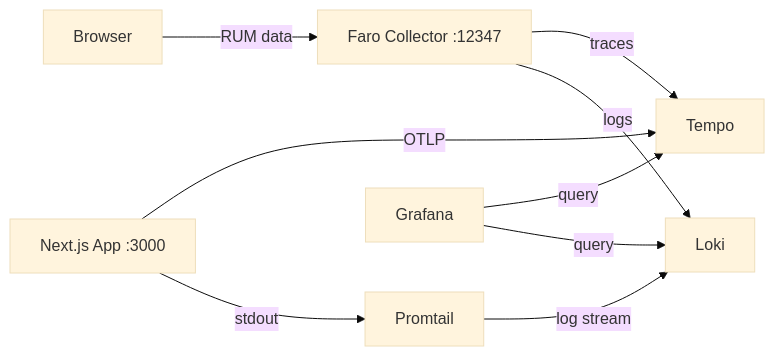
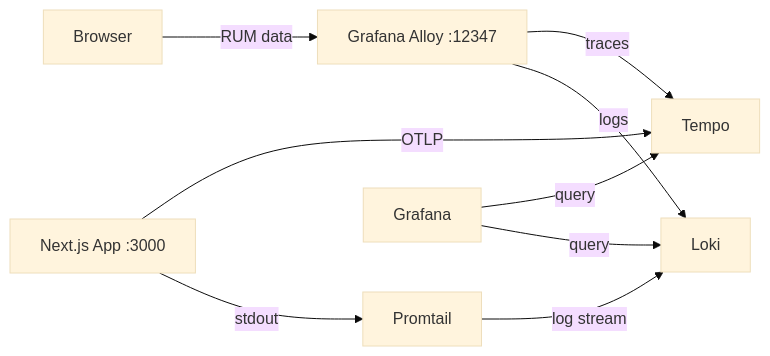
One commit to putuprema/masakcook changed the diagram in MONITORING.md. Above: the diagram before and after it, drawn with Mermaid (base theme). The commit also changed other lines of this file and 4 other files, not shown here.

Commit message:
fix: replace grafana/faro-collector with grafana/alloy for Faro receiver

````diff
--- a/MONITORING.md
+++ b/MONITORING.md
@@ -7,11 +7,11 @@
 ```mermaid
 flowchart LR
-    Browser -->|RUM data| FC[Faro Collector :12347]
-    FC -->|traces| Tempo
-    FC -->|logs| Loki
+    Browser -->|RUM data| Alloy[Grafana Alloy :12347]
+    Alloy -->|traces| Tempo
+    Alloy -->|logs| Loki
     App[Next.js App :3000] -->|OTLP| Tempo
     App -->|stdout| Promtail
     Promtail -->|log stream| Loki
     Grafana -->|query| Tempo
     Grafana -->|query| Loki
 ```
````
